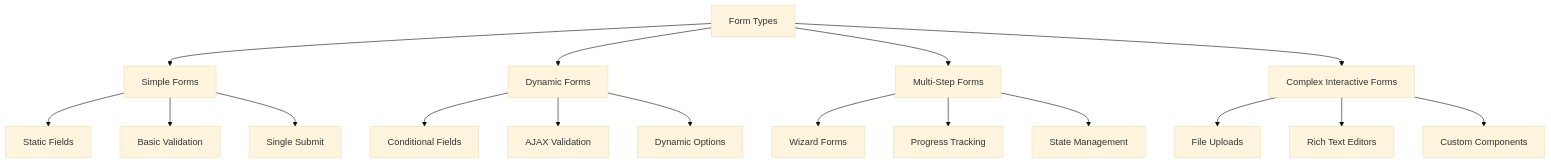
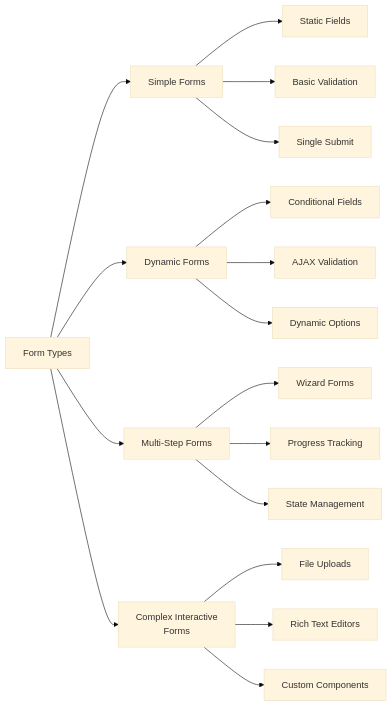
One commit to bytetunnels/bytetunnels.github.com changed the first of 3 diagrams in _posts/2025-05-09-form-filling-automation-simple-inputs-complex-multi-step.md. Above: the diagram before and after it, drawn with Mermaid (base theme). The commit also changed other lines of this file and 118 other files, not shown here.

Commit message:
feat: improve diagram styling and compact wide flowcharts

````diff
--- a/_posts/2025-05-09-form-filling-automation-simple-inputs-complex-multi-step.md
+++ b/_posts/2025-05-09-form-filling-automation-simple-inputs-complex-multi-step.md
@@ -21,23 +21,23 @@
 ```mermaid
-graph TD
+graph LR
     A[Form Types] --> B[Simple Forms]
     A --> C[Dynamic Forms]
     A --> D[Multi-Step Forms]
-    A --> E[Complex Interactive Forms]
-    
+    A --> E["Complex Interactive<br/>Forms"]
+
     B --> B1[Static Fields]
     B --> B2[Basic Validation]
     B --> B3[Single Submit]
-    
+
     C --> C1[Conditional Fields]
     C --> C2[AJAX Validation]
     C --> C3[Dynamic Options]
-    
+
     D --> D1[Wizard Forms]
     D --> D2[Progress Tracking]
     D --> D3[State Management]
-    
+
     E --> E1[File Uploads]
     E --> E2[Rich Text Editors]
     E --> E3[Custom Components]
 ```
````
